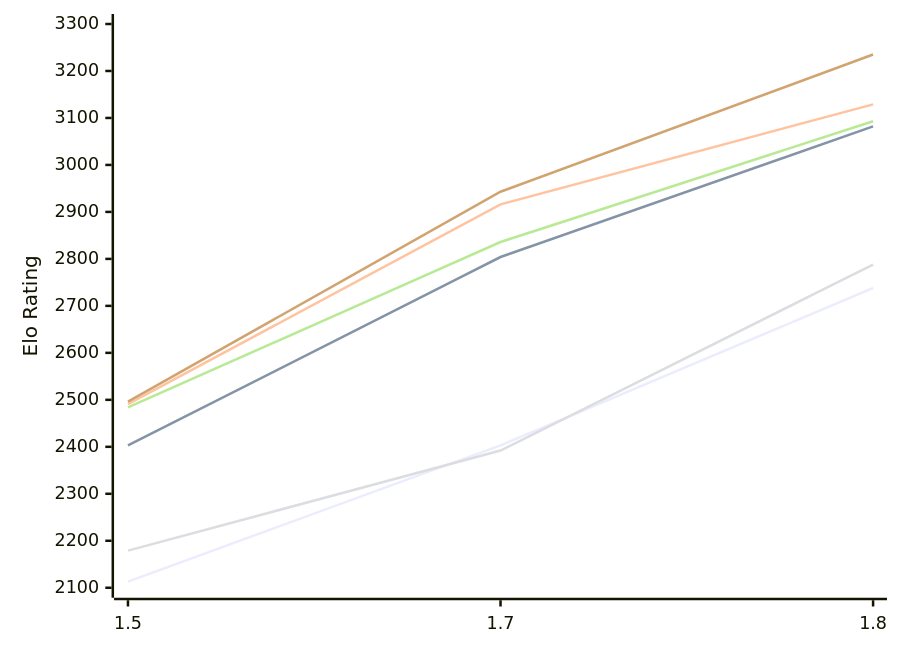
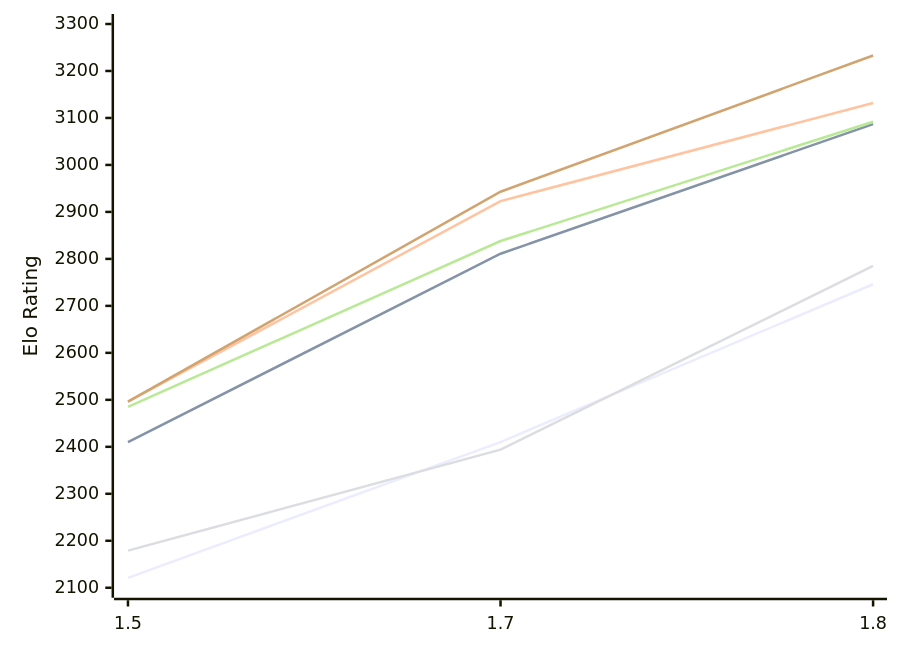
One commit to computer-chess-index/cci changed the first of 2 diagrams in engines/Facon.md. Above: the diagram before and after it, drawn with Mermaid. The commit also changed other lines of this file, not shown here.

Commit message:
Update CCI Ratings (ELO VLTC) - 2026-11-10

````diff
--- a/engines/Facon.md
+++ b/engines/Facon.md
@@ -54,12 +54,12 @@
 ```mermaid
 %%{init: {"theme":"base","themeVariables":{"seriesColors:['#a3a3a3','#222221','#faa371']}}}%%
 xychart-beta
   x-axis ["1.5", "1.7", "1.8"]
   y-axis "Elo Rating" 2100 --> 3300
-  line "E1: STC (8.0+0.08s)" [2113, 2403, 2738]
-  line "E1: LTC (60.0+0.60s)" [2403, 2804, 3082]
-  line "E1: VLTC (2m24s+1.12s)" [2491, 2916, 3129]
-  line "P1: STC (8.0+0.08s)" [2179, 2392, 2788]
-  line "P1: LTC (60.0+0.60s)" [2484, 2836, 3093]
-  line "P1: VLTC (2m24s+1.12s)" [2496, 2943, 3235]
+  line "E1: STC (8.0+0.08s)" [2121, 2410, 2746]
+  line "E1: LTC (60.0+0.60s)" [2410, 2811, 3087]
+  line "E1: VLTC (2m24s+1.12s)" [2496, 2923, 3132]
+  line "P1: STC (8.0+0.08s)" [2179, 2394, 2785]
+  line "P1: LTC (60.0+0.60s)" [2485, 2838, 3092]
+  line "P1: VLTC (2m24s+1.12s)" [2496, 2943, 3233]
 ```
````
